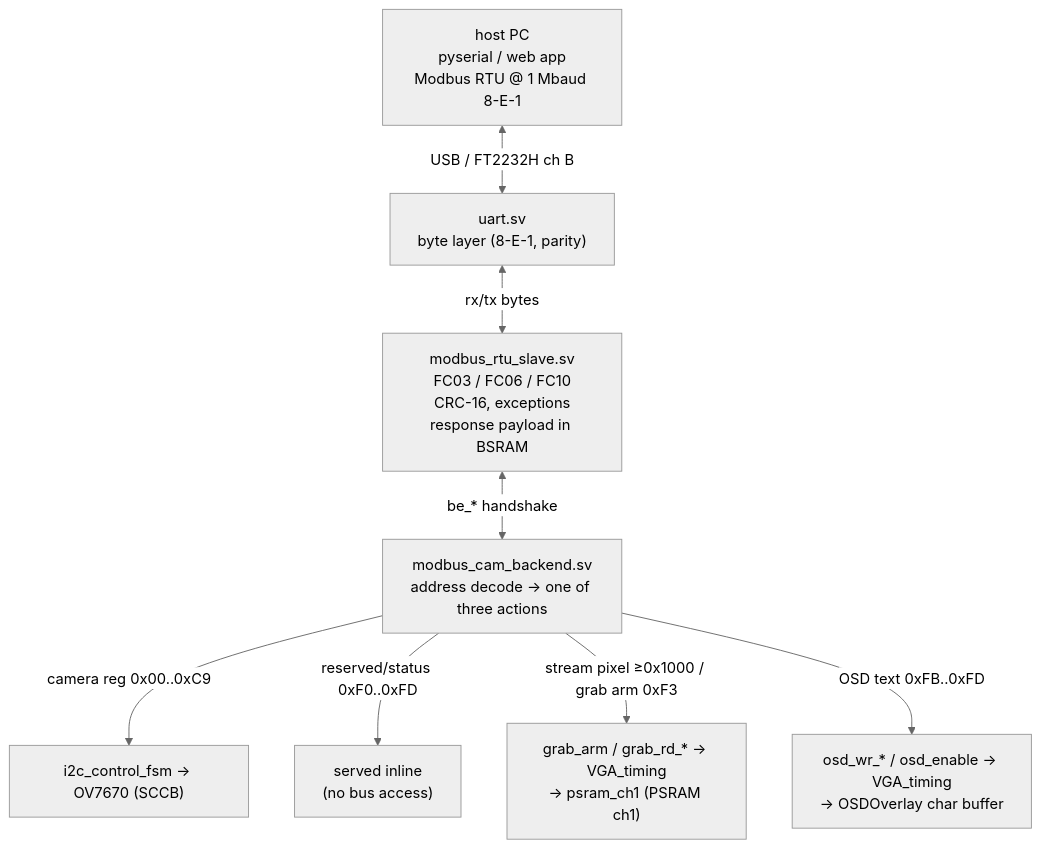
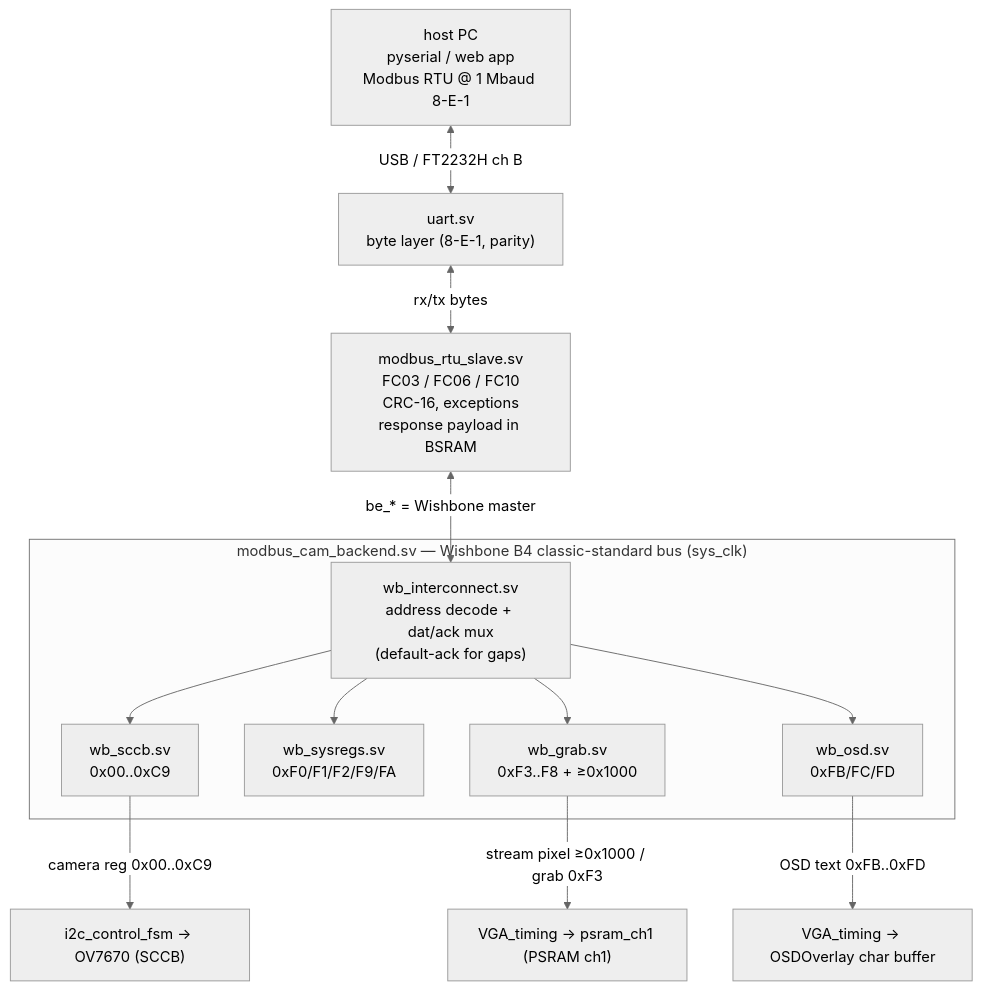
The first of 3 diagrams in doc/modbus_server.md (phoenix367/tang_nano_9K_ov7670), drawn with Mermaid (neutral theme) before and after one commit. The commit also changed other lines of this file and 46 other files, not shown here.

````diff
--- a/doc/modbus_server.md
+++ b/doc/modbus_server.md
@@ -19,19 +19,33 @@
 ```mermaid
 flowchart TB
     HOST["host PC<br/>pyserial / web app<br/>Modbus RTU @ 1 Mbaud 8-E-1"]
     UART["uart.sv<br/>byte layer (8-E-1, parity)"]
     SLAVE["modbus_rtu_slave.sv<br/>FC03 / FC06 / FC10<br/>CRC-16, exceptions<br/>response payload in BSRAM"]
-    BE["modbus_cam_backend.sv<br/>address decode → one of three actions"]
+    IC["wb_interconnect.sv<br/>address decode + dat/ack mux<br/>(default-ack for gaps)"]
+    SCCB["wb_sccb.sv<br/>0x00..0xC9"]
+    SYS["wb_sysregs.sv<br/>0xF0/F1/F2/F9/FA"]
+    GRAB["wb_grab.sv<br/>0xF3..F8 + ≥0x1000"]
+    WOSD["wb_osd.sv<br/>0xFB/FC/FD"]
     I2C["i2c_control_fsm → OV7670 (SCCB)"]
-    RES["served inline<br/>(no bus access)"]
-    CH1["grab_arm / grab_rd_* → VGA_timing<br/>→ psram_ch1 (PSRAM ch1)"]
-    OSD["osd_wr_* / osd_enable → VGA_timing<br/>→ OSDOverlay char buffer"]
+    CH1["VGA_timing → psram_ch1 (PSRAM ch1)"]
+    OSD["VGA_timing → OSDOverlay char buffer"]
 
     HOST <-->|"USB / FT2232H ch B"| UART
     UART <-->|"rx/tx bytes"| SLAVE
-    SLAVE <-->|"be_* handshake"| BE
-    BE -->|"camera reg 0x00..0xC9"| I2C
-    BE -->|"reserved/status 0xF0..0xFD"| RES
-    BE -->|"stream pixel ≥0x1000 / grab arm 0xF3"| CH1
-    BE -->|"OSD text 0xFB..0xFD"| OSD
+    SLAVE <-->|"be_* = Wishbone master"| IC
+    IC --> SCCB
+    IC --> SYS
+    IC --> GRAB
+    IC --> WOSD
+    SCCB -->|"camera reg 0x00..0xC9"| I2C
+    GRAB -->|"stream pixel ≥0x1000 / grab 0xF3"| CH1
+    WOSD -->|"OSD text 0xFB..0xFD"| OSD
+
+    subgraph WB["modbus_cam_backend.sv — Wishbone B4 classic-standard bus (sys_clk)"]
+        IC
+        SCCB
+        SYS
+        GRAB
+        WOSD
+    end
 ```
````
